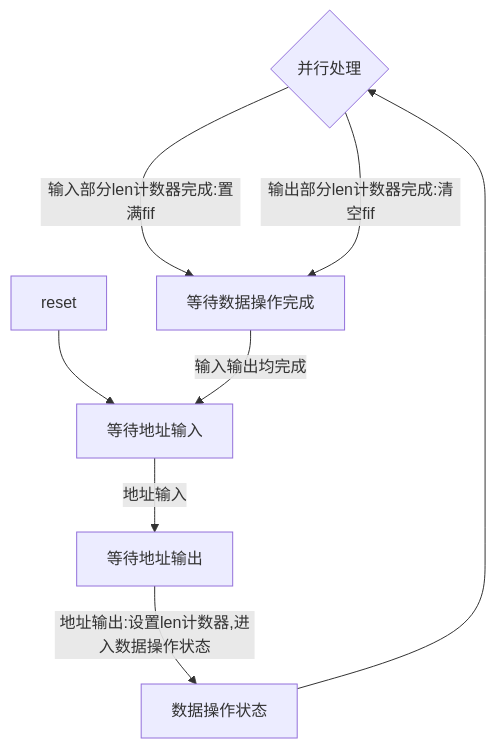
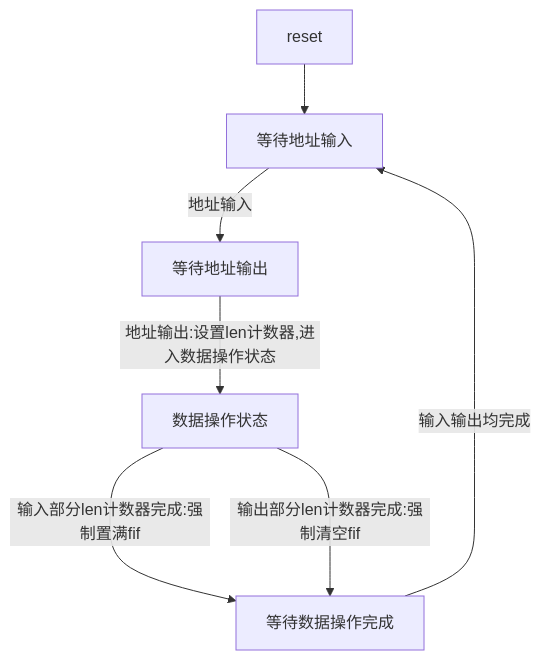
The fourth of 7 diagrams in DigitalCircuit/DMA/document.md (Z769018860/Notes), drawn with Mermaid before and after one commit. The commit also changed other lines of this file and 8 other files, not shown here.

````diff
--- a/DigitalCircuit/DMA/document.md
+++ b/DigitalCircuit/DMA/document.md
@@ -152,12 +213,10 @@
 ```mermaid
 graph TD;
-fork{并行处理}
 reset-->等待地址输入;
 等待地址输入--地址输入-->等待地址输出;
 等待地址输出--地址输出:设置len计数器,进入数据操作状态-->数据操作状态;
-数据操作状态-->fork;
-fork--输入部分len计数器完成:置满fifo-->等待数据操作完成;
-fork--输出部分len计数器完成:清空fifo-->等待数据操作完成;
+数据操作状态--输入部分len计数器完成:强制置满fifo-->等待数据操作完成;
+数据操作状态--输出部分len计数器完成:强制清空fifo-->等待数据操作完成;
 等待数据操作完成--输入输出均完成-->等待地址输入;
 
 ```
````
